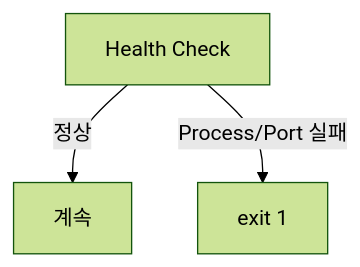
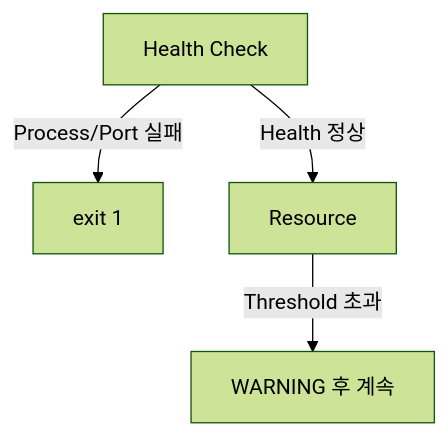
Diagram 11 of 12 in training/round-01-clear/BEGINNER-GUIDE.md (MetaStudy999/codyssey-basic-b1-1-system-monitor), drawn with Mermaid (forest theme) before and after one commit. The commit also changed other lines of this file, not shown here.

````diff
--- a/training/round-01-clear/BEGINNER-GUIDE.md
+++ b/training/round-01-clear/BEGINNER-GUIDE.md
@@ -930,5 +942,6 @@
 ```mermaid
 flowchart TD
-    A[Health Check] -->|정상| B[계속]
-    A -->|Process/Port 실패| C[exit 1]
+    H[Health Check] -->|Process/Port 실패| F[exit 1]
+    H -->|Health 정상| R[Resource]
+    R -->|Threshold 초과| W[WARNING 후 계속]
 ```
````
